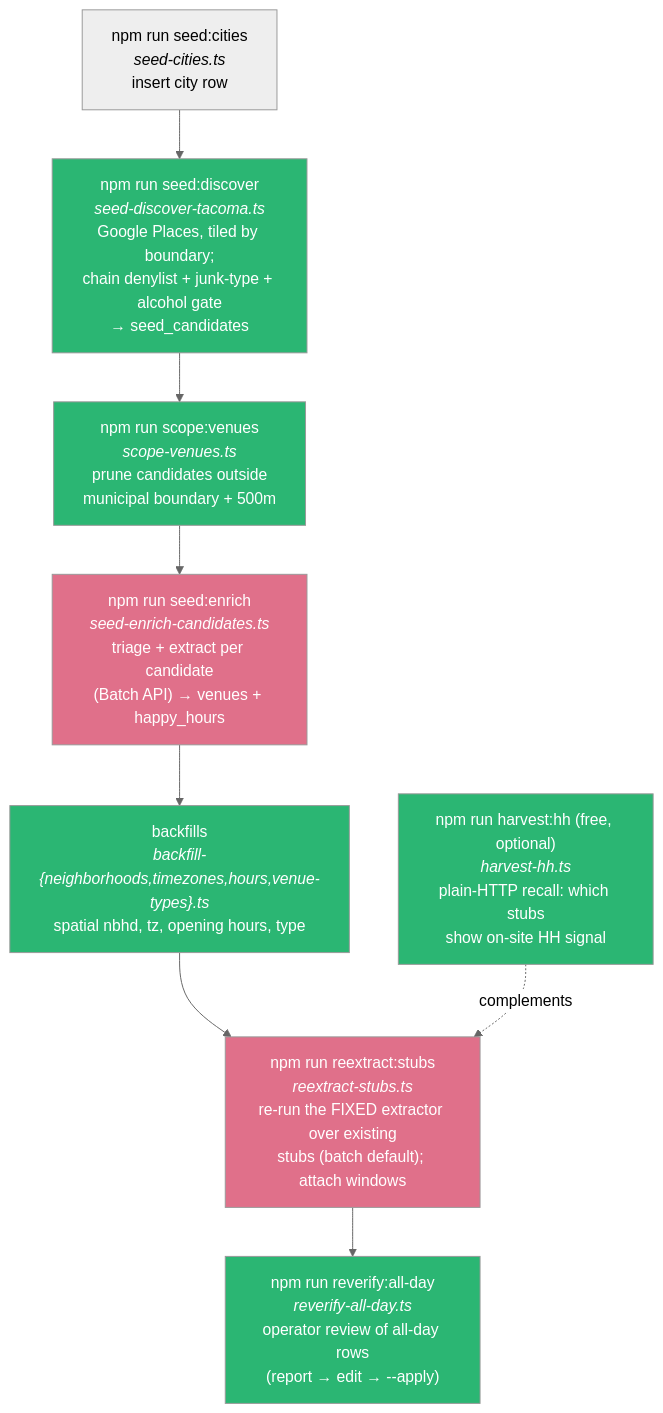
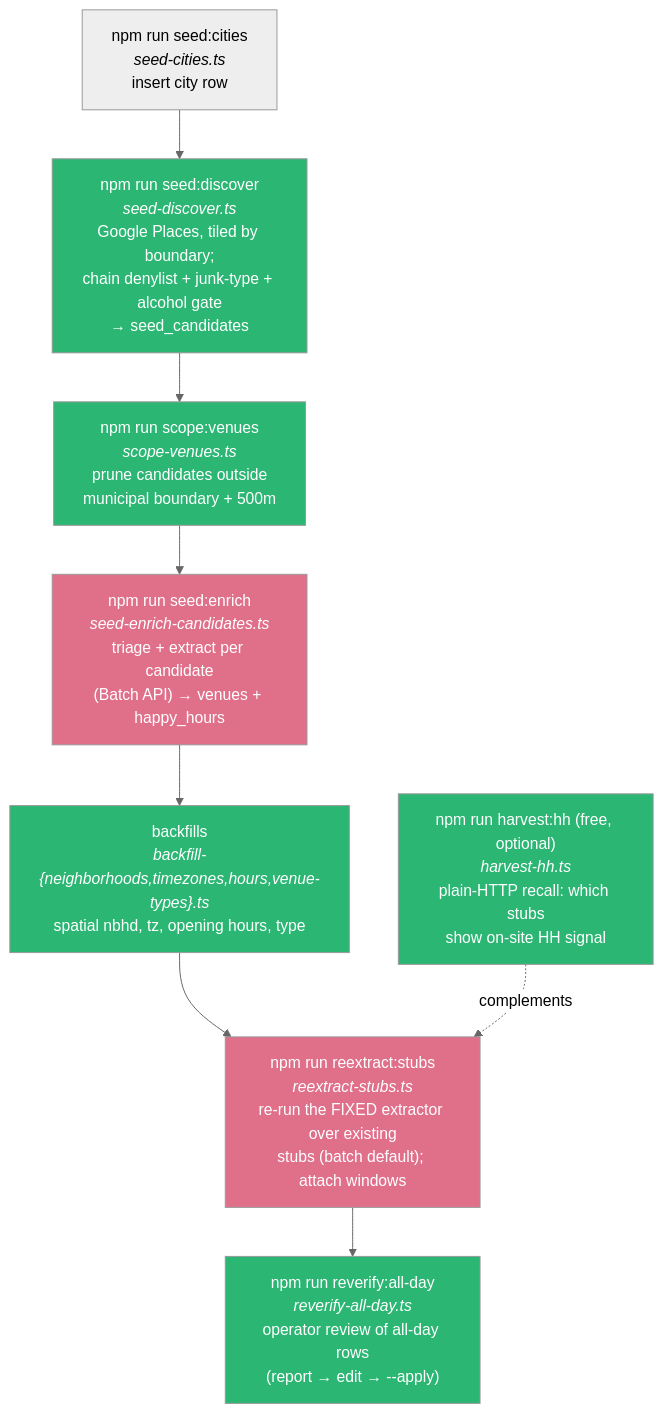
One commit to slmatthiesen/happyhourfriends changed the first of 2 diagrams in docs/pipeline-flow.md. Above: the diagram before and after it, drawn with Mermaid (neutral theme). The commit also changed other lines of this file and 6 other files, not shown here.

First line of the commit message:
feat(discover): HH-targeted Text Search recall pass + rename seed-discover

````diff
--- a/docs/pipeline-flow.md
+++ b/docs/pipeline-flow.md
@@ -11,23 +11,23 @@
 ```mermaid
 flowchart TD
     A["npm run seed:cities<br/><i>seed-cities.ts</i><br/>insert city row"] --> B
 
-    B["npm run seed:discover<br/><i>seed-discover-tacoma.ts</i><br/>Google Places, tiled by boundary;<br/>chain denylist + junk-type + alcohol gate<br/>→ seed_candidates"] --> C
+    B["npm run seed:discover<br/><i>seed-discover.ts</i><br/>Google Places, tiled by boundary;<br/>chain denylist + junk-type + alcohol gate<br/>→ seed_candidates"] --> C
 
     C["npm run scope:venues<br/><i>scope-venues.ts</i><br/>prune candidates outside<br/>municipal boundary + 500m"] --> D
 
     D["npm run seed:enrich<br/><i>seed-enrich-candidates.ts</i><br/>triage + extract per candidate<br/>(Batch API) → venues + happy_hours"] --> E
 
     E["backfills<br/><i>backfill-{neighborhoods,timezones,hours,venue-types}.ts</i><br/>spatial nbhd, tz, opening hours, type"] --> F
 
     F["npm run reextract:stubs<br/><i>reextract-stubs.ts</i><br/>re-run the FIXED extractor over existing<br/>stubs (batch default); attach windows"] --> G
 
     G["npm run reverify:all-day<br/><i>reverify-all-day.ts</i><br/>operator review of all-day rows<br/>(report → edit → --apply)"]
 
     H["npm run harvest:hh (free, optional)<br/><i>harvest-hh.ts</i><br/>plain-HTTP recall: which stubs<br/>show on-site HH signal"] -.complements.-> F
 
     classDef paid fill:#e0708a,color:#fff;
     classDef free fill:#2bb673,color:#fff;
     class D,F paid;
     class B,C,E,G,H free;
 ```
````
